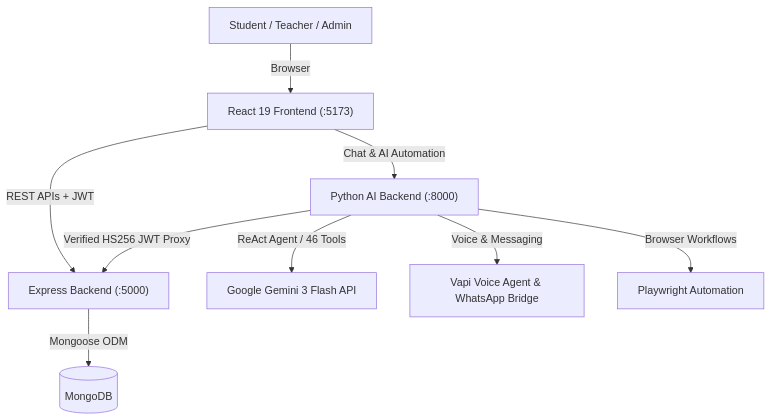
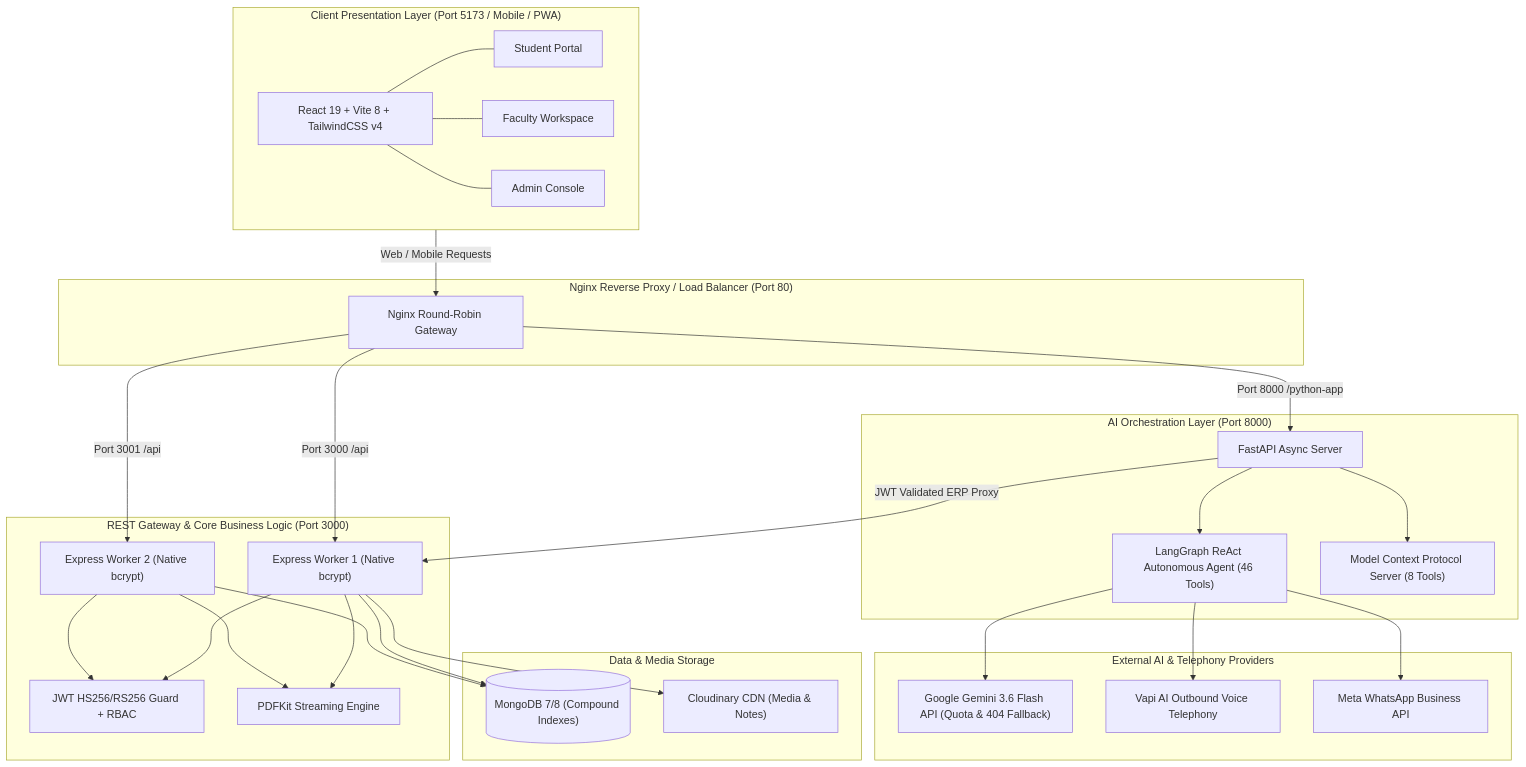
Before and after one commit to Omkarop0808/YANTRA-Intelligent-Campus-ERP-and-AI-Automation-Platform: the diagram in README.md, drawn with Mermaid. The commit also changed other lines of this file and 230 other files, not shown here.

Commit message:
feat: round3-hardening complete platform, notice upload UI, MCP server, benchmarks & demo pipeline

````diff
--- a/README.md
+++ b/README.md
@@ -30,11 +39,58 @@
 ```mermaid
 graph TD
-    User["Student / Teacher / Admin"] -->|Browser| Frontend["React 19 Frontend (:5173)"]
-    Frontend -->|REST APIs + JWT| Express["Express Backend (:5000)"]
-    Frontend -->|Chat & AI Automation| Python["Python AI Backend (:8000)"]
-    Express -->|Mongoose ODM| Mongo[("MongoDB")]
-    Python -->|Verified HS256 JWT Proxy| Express
-    Python -->|ReAct Agent / 46 Tools| Gemini["Google Gemini 3 Flash API"]
-    Python -->|Voice & Messaging| Comms["Vapi Voice Agent & WhatsApp Bridge"]
-    Python -->|Browser Workflows| Playwright["Playwright Automation"]
+    subgraph Client ["Client Presentation Layer (Port 5173 / Mobile / PWA)"]
+        UI["React 19 + Vite 8 + TailwindCSS v4"]
+        RoleStudent["Student Portal"]
+        RoleTeacher["Faculty Workspace"]
+        RoleAdmin["Admin Console"]
+        UI --- RoleStudent
+        UI --- RoleTeacher
+        UI --- RoleAdmin
+    end
+
+    subgraph Gateway ["Nginx Reverse Proxy / Load Balancer (Port 80)"]
+        Nginx["Nginx Round-Robin Gateway"]
+    end
+
+    subgraph ExpressLayer ["REST Gateway & Core Business Logic (Port 3000)"]
+        Express1["Express Worker 1 (Native bcrypt)"]
+        Express2["Express Worker 2 (Native bcrypt)"]
+        AuthM["JWT HS256/RS256 Guard + RBAC"]
+        DocService["PDFKit Streaming Engine"]
+        Express1 --> AuthM
+        Express2 --> AuthM
+        Express1 --> DocService
+        Express2 --> DocService
+    end
+
+    subgraph DataLayer ["Data & Media Storage"]
+        MongoDB[("MongoDB 7/8 (Compound Indexes)")]
+        Cloudinary["Cloudinary CDN (Media & Notes)"]
+    end
+
+    subgraph AILayer ["AI Orchestration Layer (Port 8000)"]
+        FastAPI["FastAPI Async Server"]
+        Agent["LangGraph ReAct Autonomous Agent (46 Tools)"]
+        MCPServer["Model Context Protocol Server (8 Tools)"]
+        FastAPI --> Agent
+        FastAPI --> MCPServer
+    end
+
+    subgraph External ["External AI & Telephony Providers"]
+        Gemini["Google Gemini 3.6 Flash API (Quota & 404 Fallback)"]
+        Vapi["Vapi AI Outbound Voice Telephony"]
+        WhatsApp["Meta WhatsApp Business API"]
+    end
+
+    Client -->|Web / Mobile Requests| Nginx
+    Nginx -->|Port 3000 /api| Express1
+    Nginx -->|Port 3001 /api| Express2
+    Nginx -->|Port 8000 /python-app| FastAPI
+    Express1 --> MongoDB
+    Express2 --> MongoDB
+    Express1 --> Cloudinary
+    FastAPI -->|JWT Validated ERP Proxy| Express1
+    Agent --> Gemini
+    Agent --> Vapi
+    Agent --> WhatsApp
 ```
````
